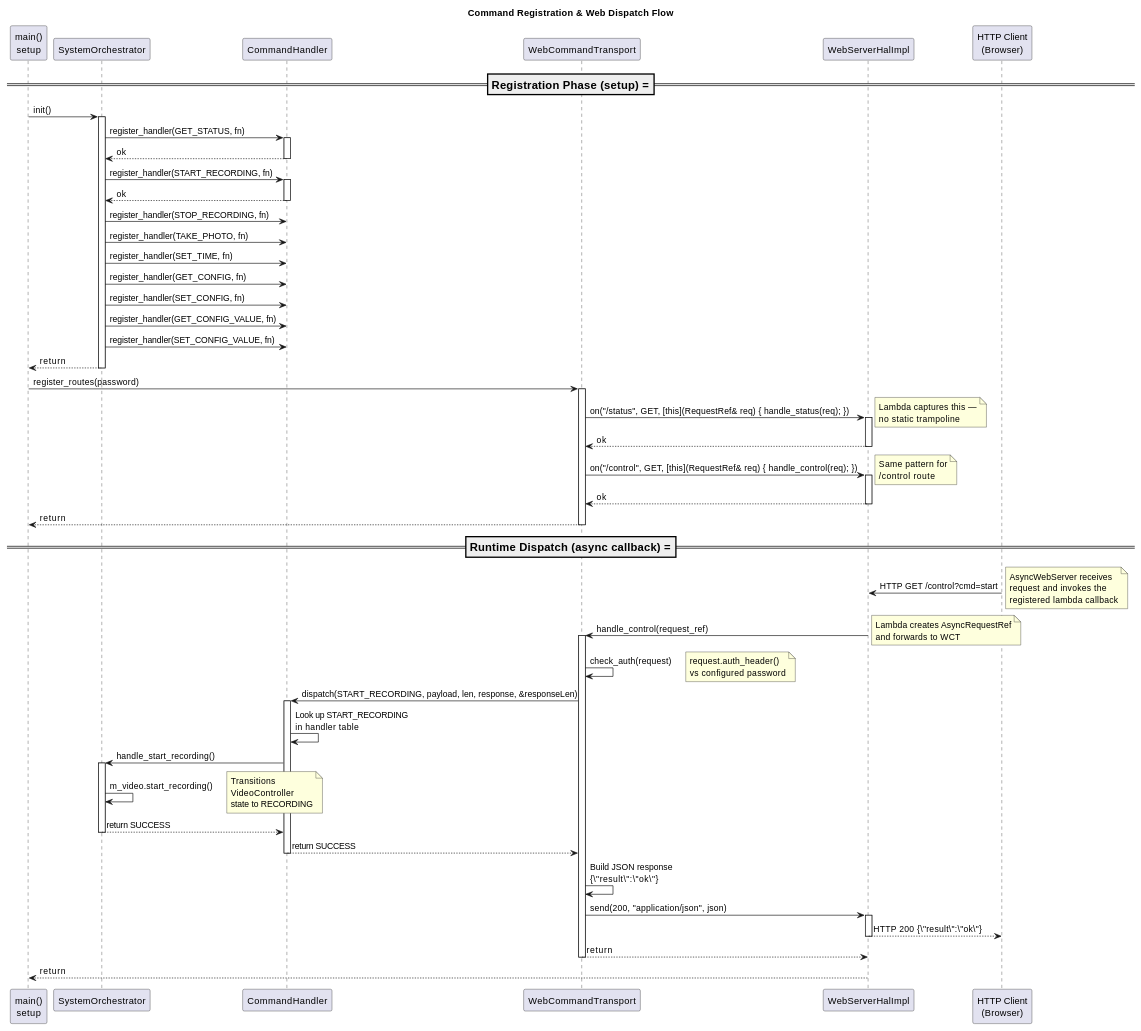
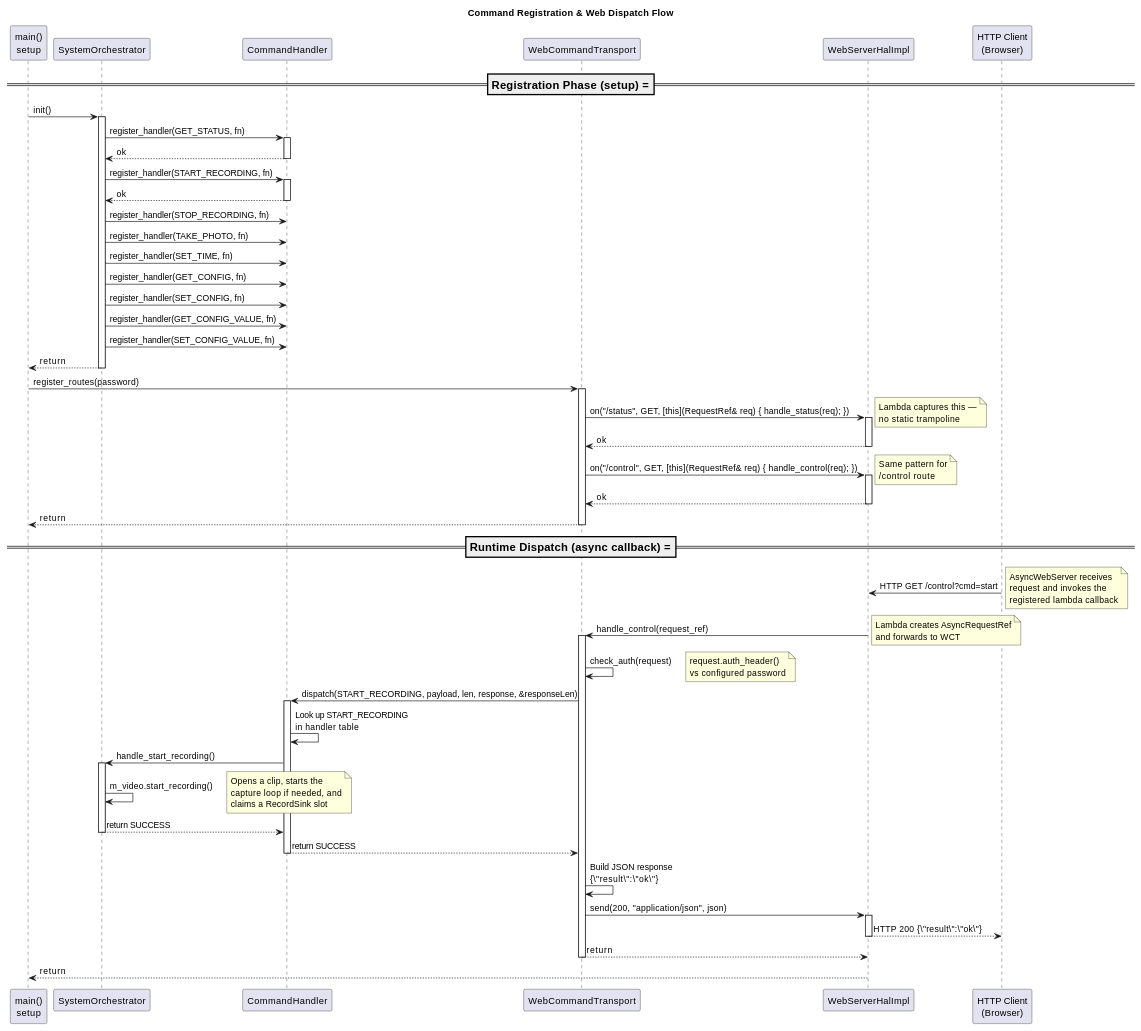
Before and after one commit to timwalsh41/micro-security-cam: the eighth of 8 diagrams in docs/SYSTEM_DESIGN.md, drawn with PlantUML. The commit also changed other lines of this file and 14 other files, not shown here.

First line of the commit message:
feat(video): independent RECORDING/STREAMING states in video controller (#2)

```diff
--- a/docs/SYSTEM_DESIGN.md
+++ b/docs/SYSTEM_DESIGN.md
@@ -1960,7 +2059,7 @@
 
 ' Delegate to VideoController
 ORCH -> ORCH : m_video.start_recording()
-note right: Transitions\nVideoController\nstate to RECORDING
+note right: Opens a clip, starts the\ncapture loop if needed, and\nclaims a RecordSink slot
 
 ORCH --> CMDH : return SUCCESS
 deactivate ORCH
```
